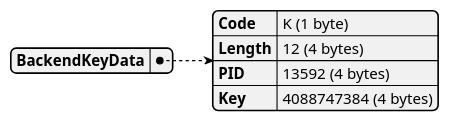
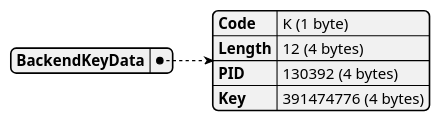
Diagram 20 of 55 in docs/examples/exports/pagila-10-listen-notify-notificationresponse/capture.plantuml.pkt.md (xfischer/pg_protoexport), drawn with PlantUML before and after one commit. The commit also changed other lines of this file and 135 other files, not shown here.

````diff
--- a/docs/examples/exports/pagila-10-listen-notify-notificationresponse/capture.plantuml.pkt.md
+++ b/docs/examples/exports/pagila-10-listen-notify-notificationresponse/capture.plantuml.pkt.md
@@ -274,12 +274,12 @@
 ```plantuml
 @startjson
 {
   "BackendKeyData": {
     "Code": "K (1 byte)",
     "Length": "12 (4 bytes)",
-    "PID": "13592 (4 bytes)",
-    "Key": "4088747384 (4 bytes)"
+    "PID": "130392 (4 bytes)",
+    "Key": "391474776 (4 bytes)"
   }
 }
 @endjson
 ```
````
